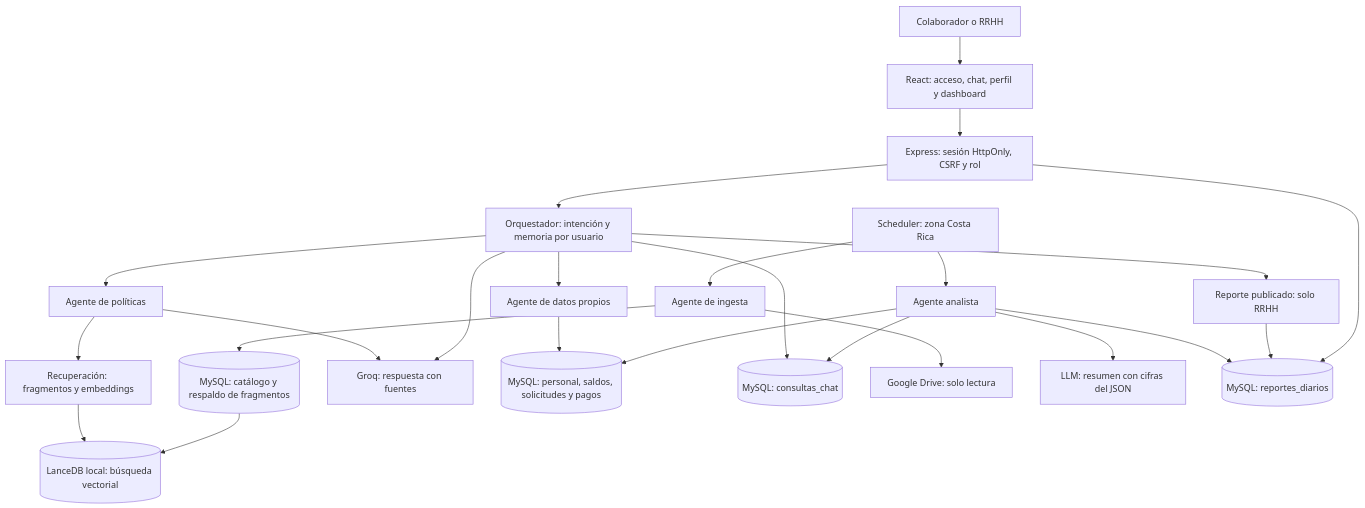
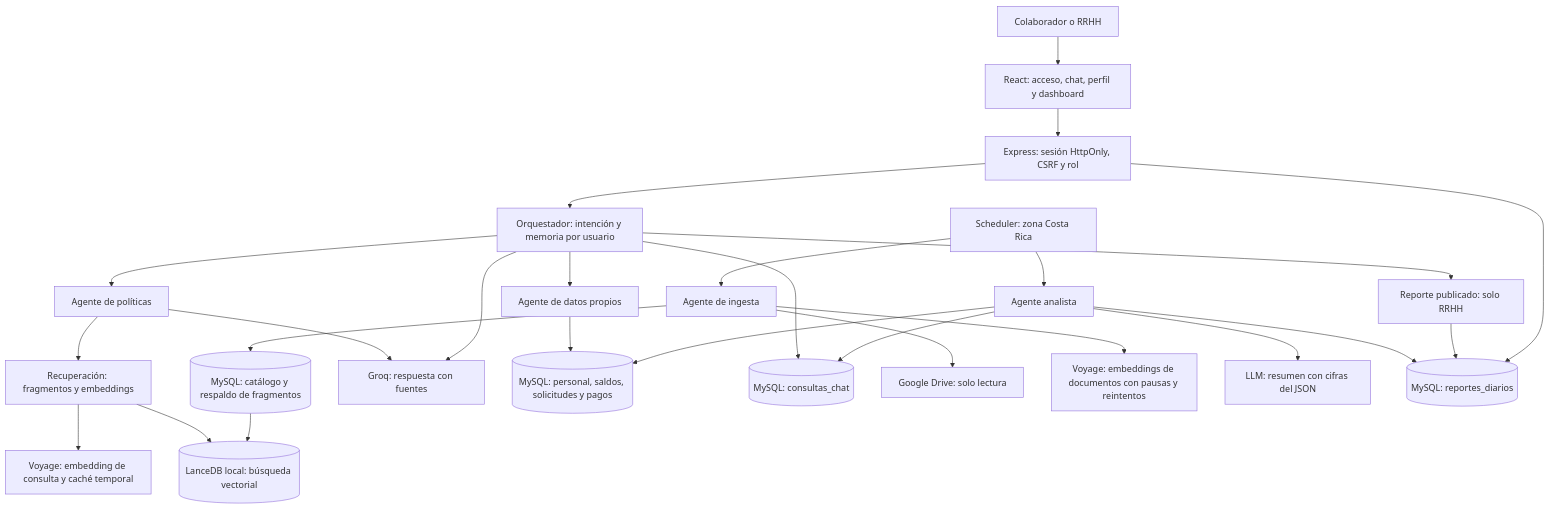
Before and after one commit to audryquiros/miniproyecto2: the diagram in docs/entrega/ARQUITECTURA.md, drawn with Mermaid. The commit also changed other lines of this file and 68 other files, not shown here.

Commit message:
Completa validacion y entregables de RRHH con Voyage

````diff
--- a/docs/entrega/ARQUITECTURA.md
+++ b/docs/entrega/ARQUITECTURA.md
@@ -3,26 +3,28 @@
 ```mermaid
 flowchart TD
   U[Colaborador o RRHH] --> UI[React: acceso, chat, perfil y dashboard]
   UI --> AUTH[Express: sesión HttpOnly, CSRF y rol]
   AUTH --> O[Orquestador: intención y memoria por usuario]
   O --> P[Agente de políticas]
   O --> D[Agente de datos propios]
   O --> R[Reporte publicado: solo RRHH]
   P --> V[Recuperación: fragmentos y embeddings]
+  V --> E[Voyage: embedding de consulta y caché temporal]
   V --> VECTOR[(LanceDB local: búsqueda vectorial)]
   DOC[(MySQL: catálogo y respaldo de fragmentos)] --> VECTOR
   P --> GROQ[Groq: respuesta con fuentes]
   O --> GROQ
   D --> HR[(MySQL: personal, saldos, solicitudes y pagos)]
   O --> LOG[(MySQL: consultas_chat)]
   S[Scheduler: zona Costa Rica] --> I[Agente de ingesta]
   I --> DRIVE[Google Drive: solo lectura]
   I --> DOC
+  I --> E2[Voyage: embeddings de documentos con pausas y reintentos]
   S --> A[Agente analista]
   A --> HR
   A --> LOG
   A --> LLM[LLM: resumen con cifras del JSON]
   A --> REP[(MySQL: reportes_diarios)]
   R --> REP
   AUTH --> REP
 ```
````
